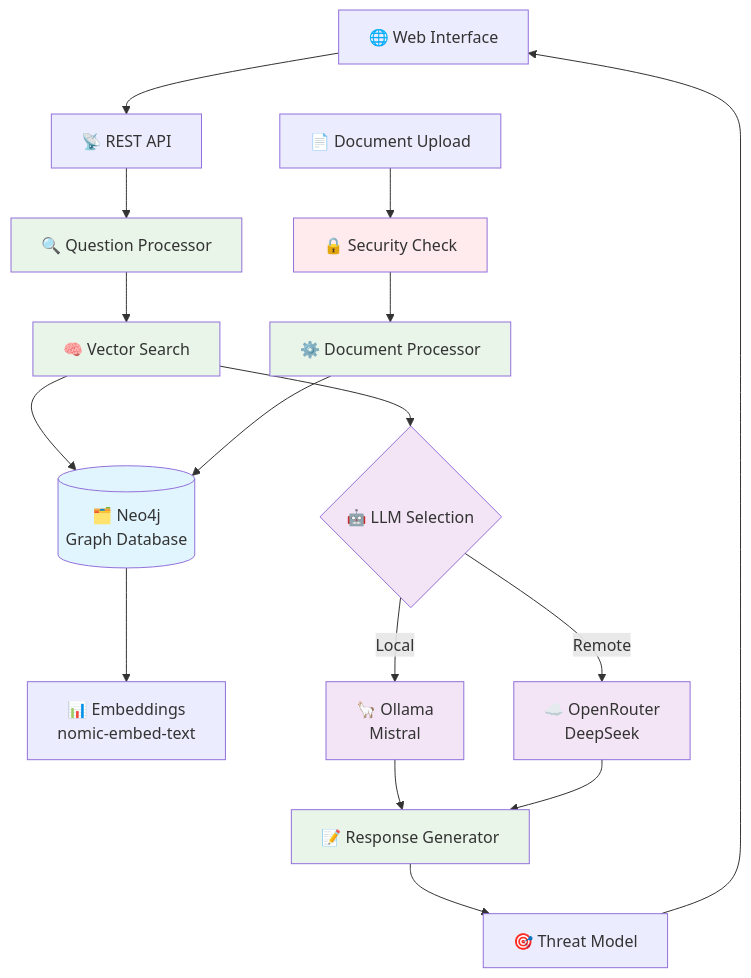
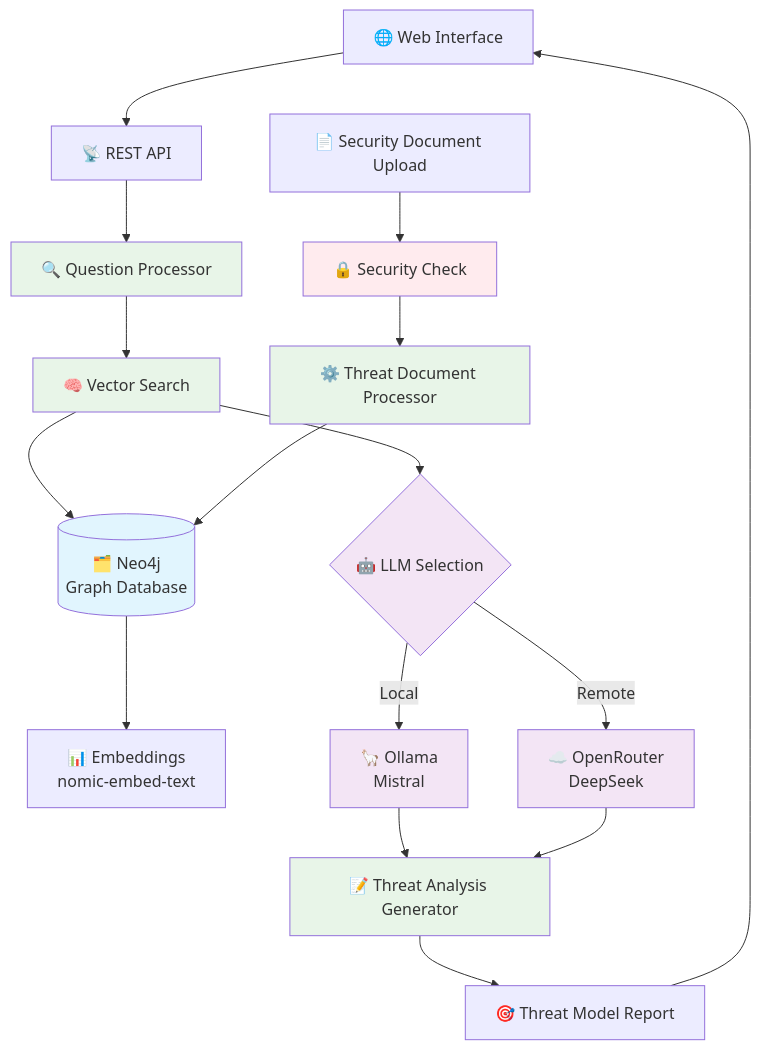
One commit to z4l1nux/Z4l1nux-AI-Threat-Lab changed the diagram in README.md. Above: the diagram before and after it, drawn with Mermaid. The commit also changed other lines of this file and 3 other files, not shown here.

````diff
--- a/README.md
+++ b/README.md
@@ -45,40 +45,40 @@
 ```mermaid
 flowchart TB
     %% User Interface
     UI[🌐 Web Interface] --> API[📡 REST API]
     
     %% Core Processing
     API --> QP[🔍 Question Processor]
     QP --> VS[🧠 Vector Search]
     
     %% Database Layer
     VS --> NEO[(🗂️ Neo4j<br/>Graph Database)]
     NEO --> EMB[📊 Embeddings<br/>nomic-embed-text]
     
     %% LLM Processing
     VS --> LLM{🤖 LLM Selection}
     LLM -->|Local| OLL[🦙 Ollama<br/>Mistral]
     LLM -->|Remote| OR[☁️ OpenRouter<br/>DeepSeek]
     
     %% Document Processing
-    DOC[📄 Document Upload] --> SEC[🔒 Security Check]
-    SEC --> PROC[⚙️ Document Processor]
+    DOC[📄 Security Document Upload] --> SEC[🔒 Security Check]
+    SEC --> PROC[⚙️ Threat Document Processor]
     PROC --> NEO
     
     %% Response Generation
-    OLL --> RG[📝 Response Generator]
+    OLL --> RG[📝 Threat Analysis Generator]
     OR --> RG
-    RG --> TM[🎯 Threat Model]
+    RG --> TM[🎯 Threat Model Report]
     TM --> UI
     
     %% Styling
     classDef database fill:#e1f5fe
     classDef llm fill:#f3e5f5
     classDef security fill:#ffebee
     classDef processing fill:#e8f5e8
     
     class NEO database
     class OLL,OR,LLM llm
     class SEC security
     class QP,VS,PROC,RG processing
 ```
````
